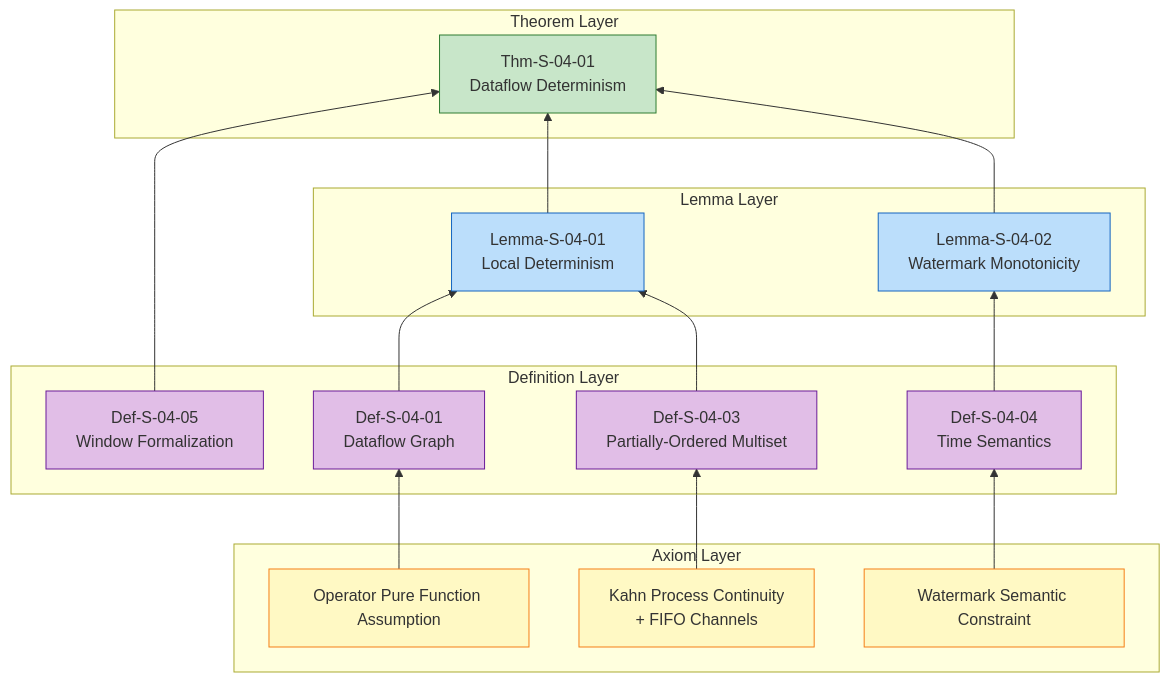
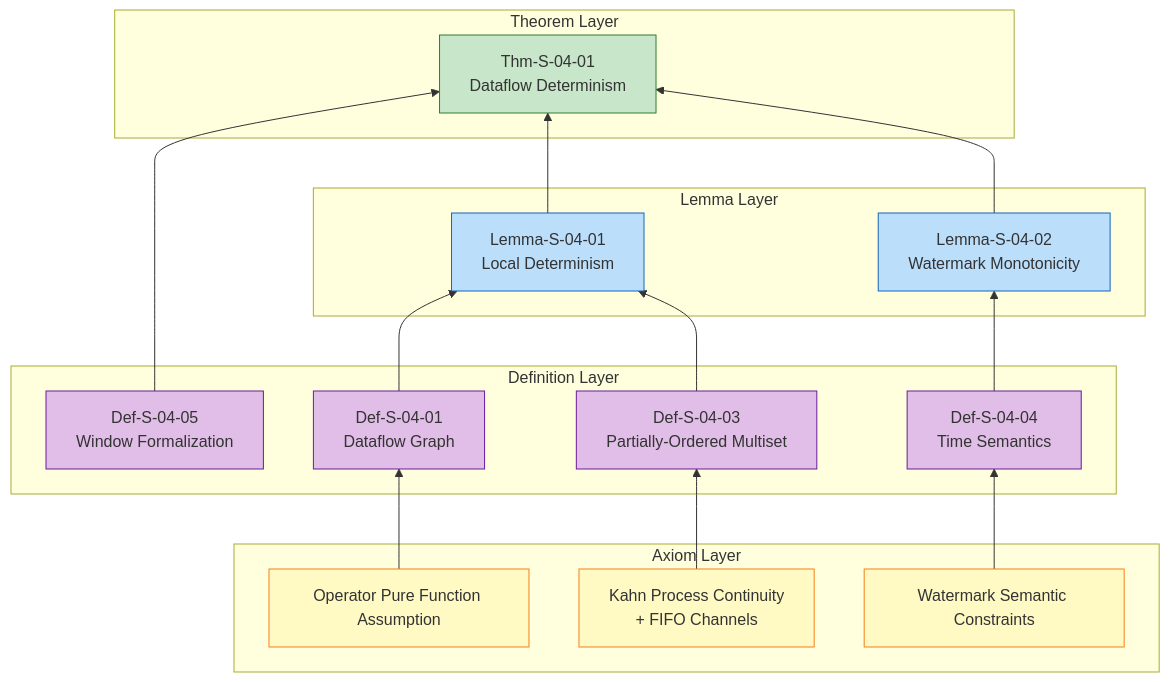
One commit to AdaMartin18010/AnalysisDataFlow changed the second of 2 diagrams in i18n/en/Struct/01-foundation/01.04-dataflow-model-formalization-en.md. Above: the diagram before and after it, drawn with Mermaid. The commit also changed other lines of this file and 679 other files, not shown here.

````diff
--- a/i18n/en/Struct/01-foundation/01.04-dataflow-model-formalization-en.md
+++ b/i18n/en/Struct/01-foundation/01.04-dataflow-model-formalization-en.md
@@ -416,45 +532,45 @@
 ```mermaid
 graph BT
     subgraph "Axiom Layer"
         A1[Kahn Process Continuity<br/>+ FIFO Channels]
         A2[Operator Pure Function Assumption]
-        A3[Watermark Semantic Constraint]
+        A3[Watermark Semantic Constraints]
     end
 
     subgraph "Definition Layer"
         D1[Def-S-04-01<br/>Dataflow Graph]
         D2[Def-S-04-03<br/>Partially-Ordered Multiset]
         D3[Def-S-04-04<br/>Time Semantics]
         D4[Def-S-04-05<br/>Window Formalization]
     end
 
     subgraph "Lemma Layer"
         L1[Lemma-S-04-01<br/>Local Determinism]
         L2[Lemma-S-04-02<br/>Watermark Monotonicity]
     end
 
     subgraph "Theorem Layer"
         T1[Thm-S-04-01<br/>Dataflow Determinism]
     end
 
     A1 --> D2
     A2 --> D1
     A3 --> D3
     D1 --> L1
     D2 --> L1
     D3 --> L2
     D4 --> T1
     L1 --> T1
     L2 --> T1
 
     style A1 fill:#fff9c4,stroke:#f57f17
     style A2 fill:#fff9c4,stroke:#f57f17
     style A3 fill:#fff9c4,stroke:#f57f17
     style D1 fill:#e1bee7,stroke:#6a1b9a
     style D2 fill:#e1bee7,stroke:#6a1b9a
     style D3 fill:#e1bee7,stroke:#6a1b9a
     style D4 fill:#e1bee7,stroke:#6a1b9a
     style L1 fill:#bbdefb,stroke:#1565c0
     style L2 fill:#bbdefb,stroke:#1565c0
     style T1 fill:#c8e6c9,stroke:#2e7d32
 ```
````
